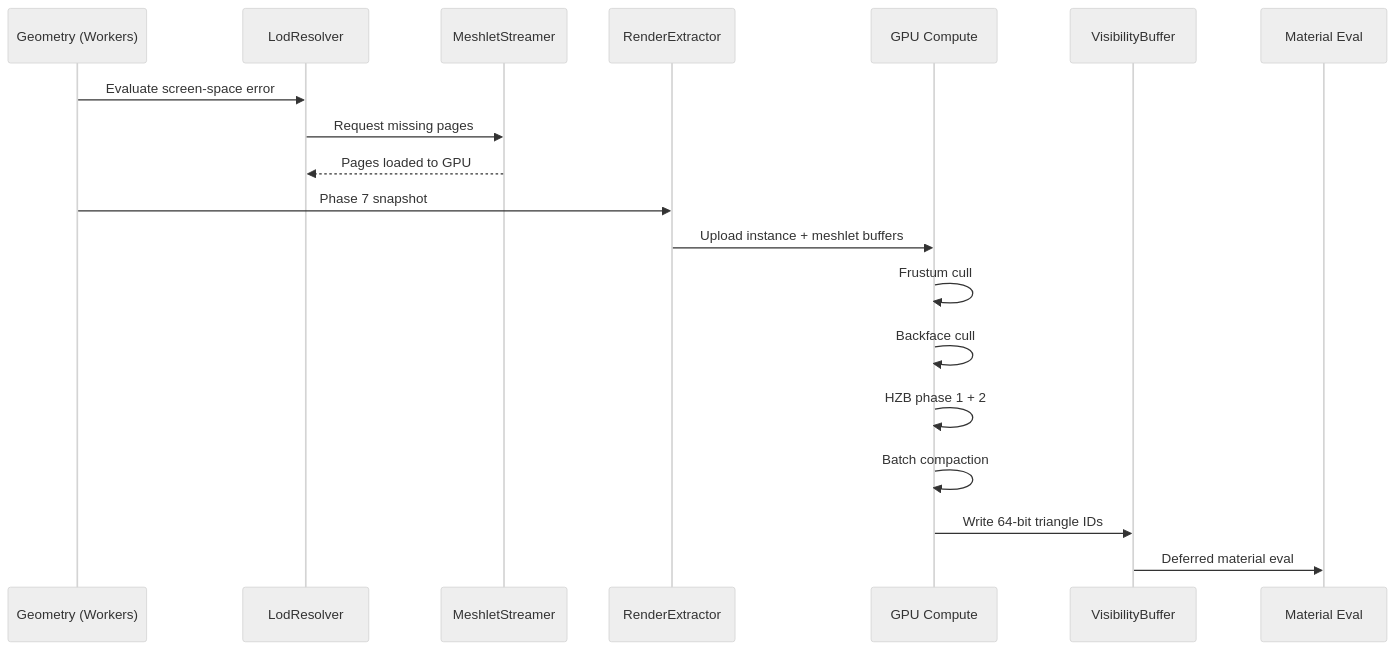
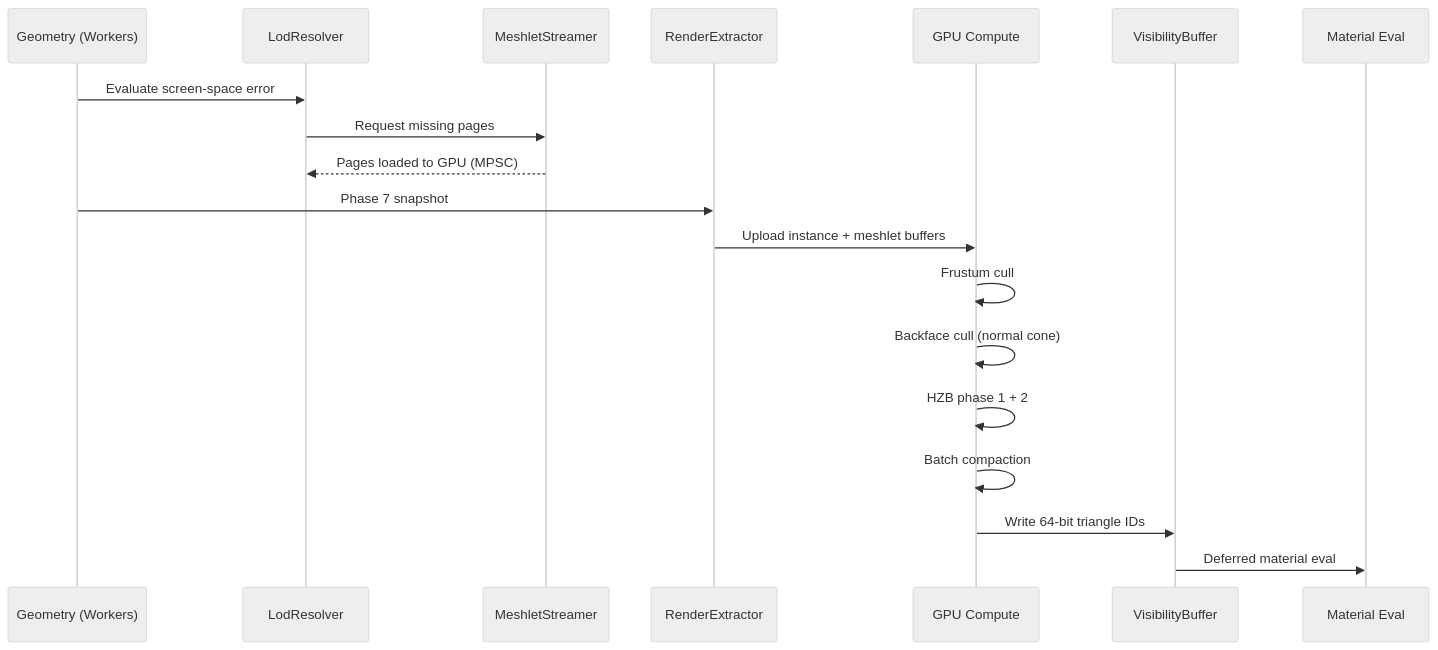
One commit to harmonius-dev/harmonius changed the second of 2 diagrams in docs/design/integration/rendering-geometry.md. Above: the diagram before and after it, drawn with Mermaid (neutral theme). The commit also changed other lines of this file and 109 other files, not shown here.

````diff
--- a/docs/design/integration/rendering-geometry.md
+++ b/docs/design/integration/rendering-geometry.md
@@ -134,22 +378,22 @@
 ```mermaid
 sequenceDiagram
     participant GEO as Geometry (Workers)
     participant LOD as LodResolver
     participant STR as MeshletStreamer
     participant EX as RenderExtractor
     participant GPU as GPU Compute
     participant VB as VisibilityBuffer
     participant MAT as Material Eval
 
     GEO->>LOD: Evaluate screen-space error
     LOD->>STR: Request missing pages
-    STR-->>LOD: Pages loaded to GPU
+    STR-->>LOD: Pages loaded to GPU (MPSC)
     GEO->>EX: Phase 7 snapshot
     EX->>GPU: Upload instance + meshlet buffers
     GPU->>GPU: Frustum cull
-    GPU->>GPU: Backface cull
+    GPU->>GPU: Backface cull (normal cone)
     GPU->>GPU: HZB phase 1 + 2
     GPU->>GPU: Batch compaction
     GPU->>VB: Write 64-bit triangle IDs
     VB->>MAT: Deferred material eval
 ```
````
